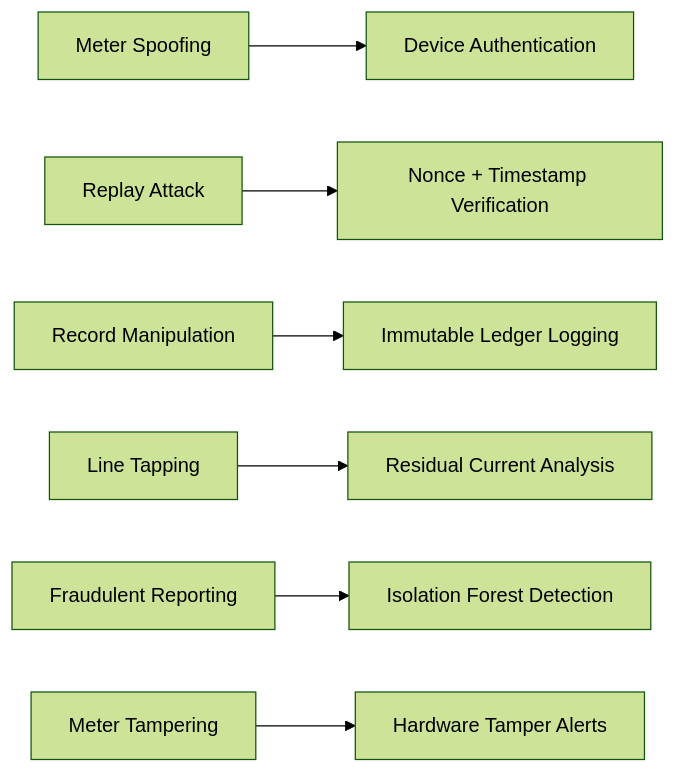
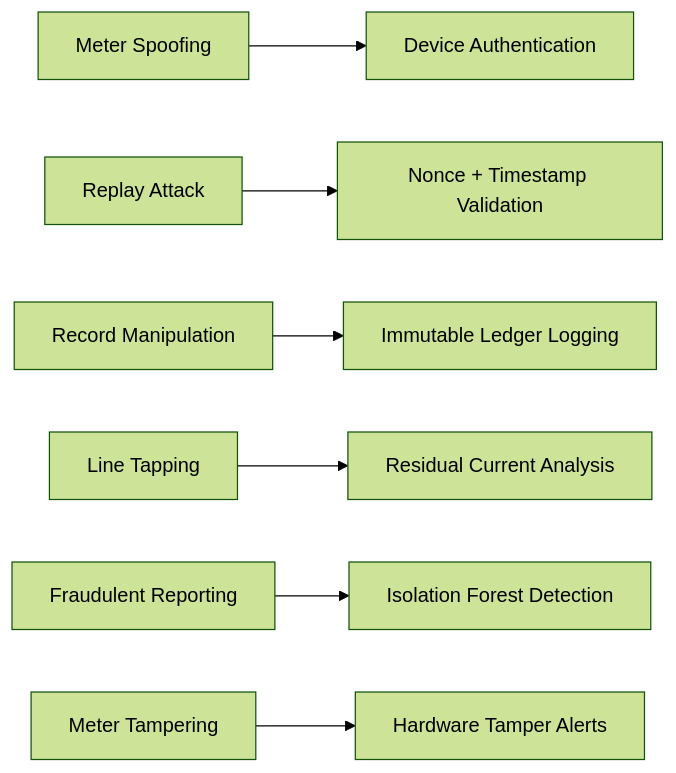
Before and after one commit to SAMEER-MLPROJECT/AI_ANTI-THEFT_SYSTEM: the third of 3 diagrams in README.md, drawn with Mermaid (forest theme). The commit also changed other lines of this file, not shown here.

````diff
--- a/README.md
+++ b/README.md
@@ -117,15 +180,15 @@
 ```mermaid
 graph LR
 
 A[Meter Spoofing] --> B[Device Authentication]
 
-C[Replay Attack] --> D[Nonce + Timestamp Verification]
+C[Replay Attack] --> D[Nonce + Timestamp Validation]
 
 E[Record Manipulation] --> F[Immutable Ledger Logging]
 
 G[Line Tapping] --> H[Residual Current Analysis]
 
 I[Fraudulent Reporting] --> J[Isolation Forest Detection]
 
 K[Meter Tampering] --> L[Hardware Tamper Alerts]
 ```
````
